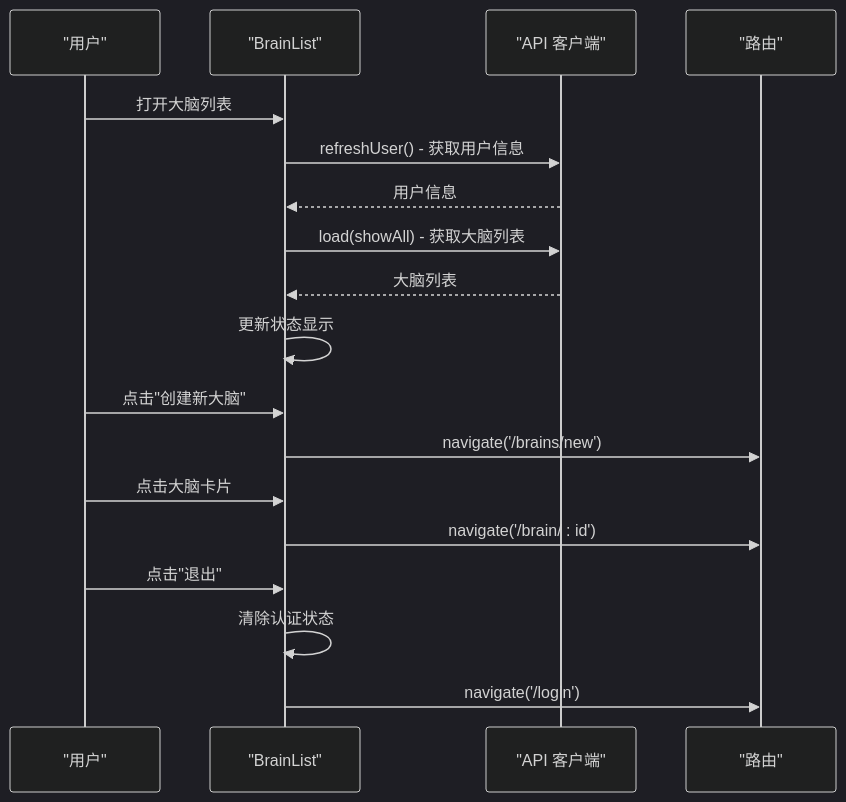
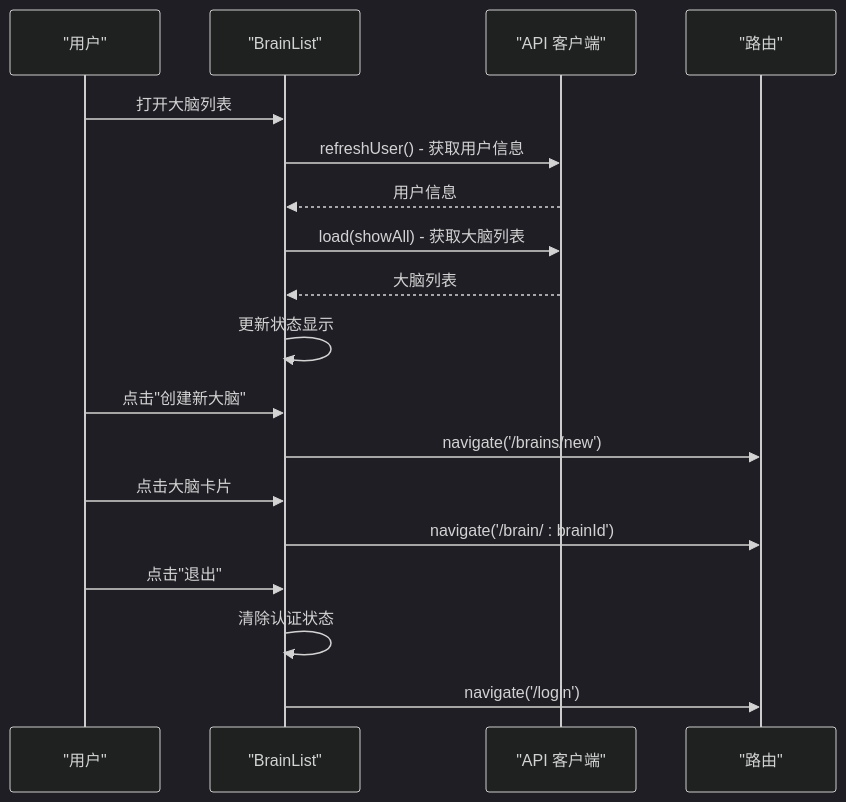
The seventh of 22 diagrams in .qoder/repowiki/zh/content/前端应用/前端应用.md (GDY-ai/ainstein), drawn with Mermaid (dark theme) before and after one commit. The commit also changed other lines of this file and 47 other files, not shown here.

````diff
--- a/.qoder/repowiki/zh/content/前端应用/前端应用.md
+++ b/.qoder/repowiki/zh/content/前端应用/前端应用.md
@@ -288,20 +290,20 @@
 ```mermaid
 sequenceDiagram
 participant User as "用户"
 participant BrainList as "BrainList"
 participant API as "API 客户端"
 participant Router as "路由"
 User->>BrainList : 打开大脑列表
 BrainList->>API : refreshUser() - 获取用户信息
 API-->>BrainList : 用户信息
 BrainList->>API : load(showAll) - 获取大脑列表
 API-->>BrainList : 大脑列表
 BrainList->>BrainList : 更新状态显示
 User->>BrainList : 点击"创建新大脑"
 BrainList->>Router : navigate('/brains/new')
 User->>BrainList : 点击大脑卡片
-BrainList->>Router : navigate('/brain/ : id')
+BrainList->>Router : navigate('/brain/ : brainId')
 User->>BrainList : 点击"退出"
 BrainList->>BrainList : 清除认证状态
 BrainList->>Router : navigate('/login')
 ```
````
